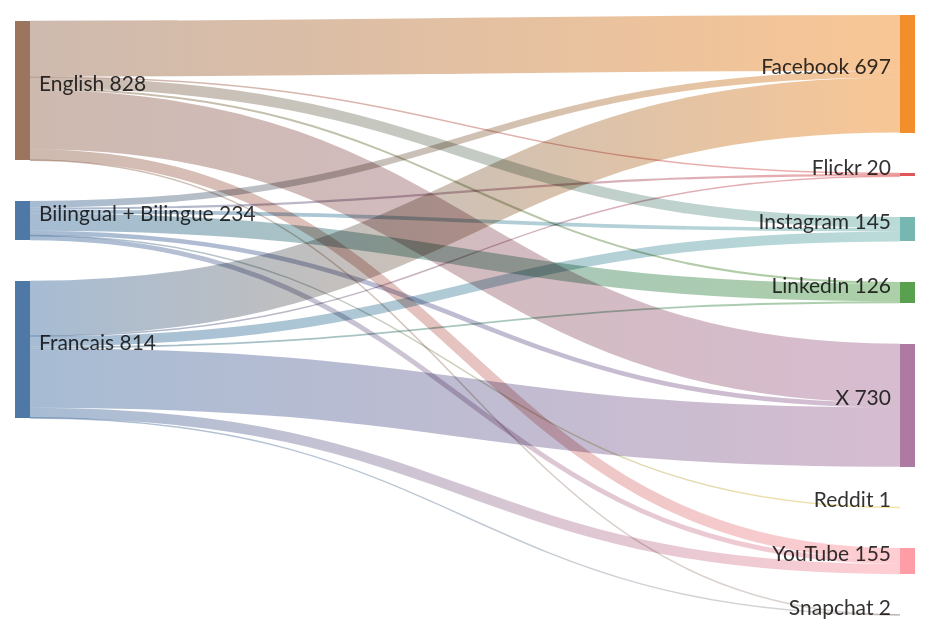
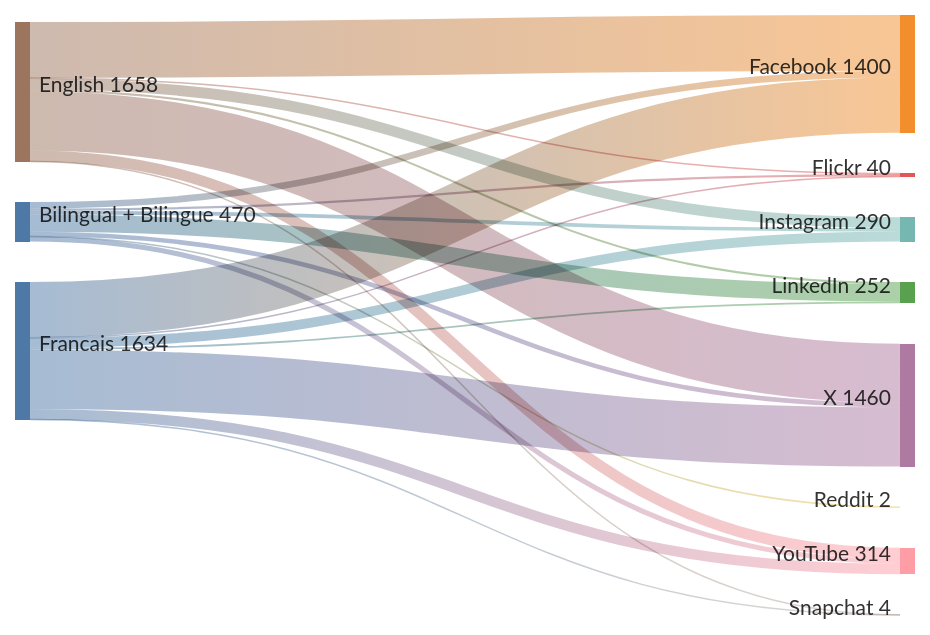
One commit to PatLittle/GC-Socials changed the first of 6 diagrams in README.md. Above: the diagram before and after it, drawn with Mermaid. The commit also changed other lines of this file, not shown here.

Commit message:
Update README with Platform Distribution pie chart

````diff
--- a/README.md
+++ b/README.md
@@ -19,24 +19,24 @@
 ```mermaid
 sankey-beta
-  Bilingual + Bilingue,Facebook,39
-  Bilingual + Bilingue,Flickr,13
-  Bilingual + Bilingue,Instagram,22
-  Bilingual + Bilingue,LinkedIn,103
-  Bilingual + Bilingue,Reddit,1
-  Bilingual + Bilingue,X,27
-  Bilingual + Bilingue,YouTube,29
-  English,Facebook,331
-  English,Flickr,4
-  English,Instagram,64
-  English,LinkedIn,12
-  English,Snapchat,1
-  English,X,351
-  English,YouTube,65
-  Francais,Facebook,327
-  Francais,Flickr,3
-  Francais,Instagram,59
-  Francais,LinkedIn,11
-  Francais,Snapchat,1
-  Francais,X,352
-  Francais,YouTube,61
+  Bilingual + Bilingue,Facebook,78
+  Bilingual + Bilingue,Flickr,26
+  Bilingual + Bilingue,Instagram,44
+  Bilingual + Bilingue,LinkedIn,206
+  Bilingual + Bilingue,Reddit,2
+  Bilingual + Bilingue,X,54
+  Bilingual + Bilingue,YouTube,60
+  English,Facebook,664
+  English,Flickr,8
+  English,Instagram,128
+  English,LinkedIn,24
+  English,Snapchat,2
+  English,X,702
+  English,YouTube,130
+  Francais,Facebook,658
+  Francais,Flickr,6
+  Francais,Instagram,118
+  Francais,LinkedIn,22
+  Francais,Snapchat,2
+  Francais,X,704
+  Francais,YouTube,124
 ```
````
